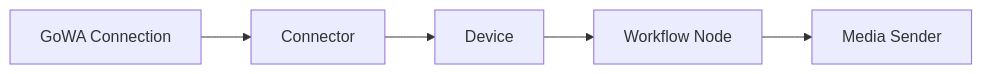
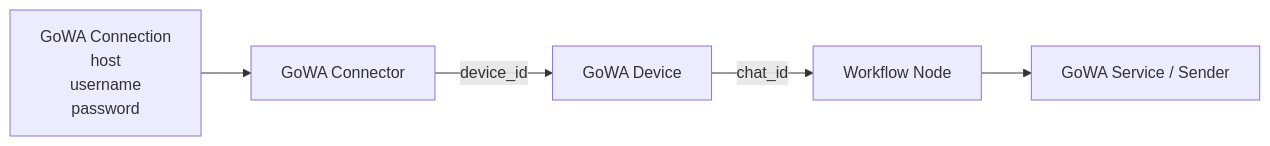
The diagram in .ai/context/gowa.md (ashabulymn/BerTele2), drawn with Mermaid before and after one commit. The commit also changed other lines of this file and 4 other files, not shown here.

````diff
--- a/.ai/context/gowa.md
+++ b/.ai/context/gowa.md
@@ -55,7 +11,7 @@
 ```mermaid
 flowchart LR
-    Connection[GoWA Connection] --> Connector[Connector]
-    Connector --> Device[Device]
-    Device --> Node[Workflow Node]
-    Node --> Sender[Media Sender]
+    Connection[GoWA Connection<br/>host<br/>username<br/>password] --> Connector[GoWA Connector]
+    Connector -- device_id --> Device[GoWA Device]
+    Device -- chat_id --> Node[Workflow Node]
+    Node --> Sender[GoWA Service / Sender]
 ```
````
